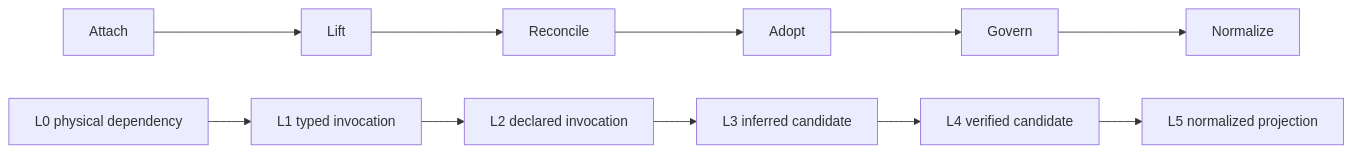
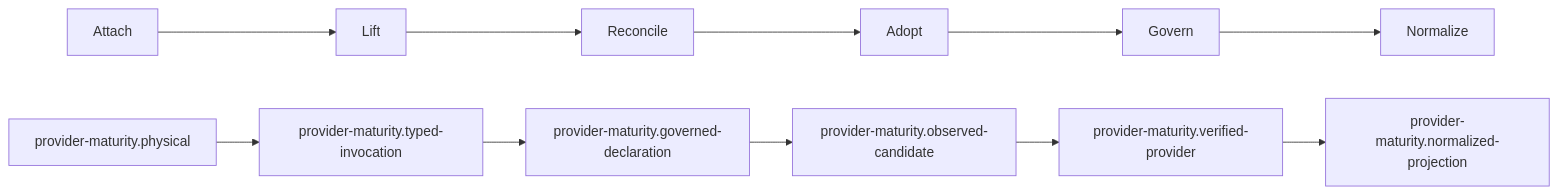
One commit to sec-platform/sec changed the eighth of 12 diagrams in docs/roadmap/capability-dag.md. Above: the diagram before and after it, drawn with Mermaid. The commit also changed other lines of this file and 14 other files, not shown here.

Commit message:
docs: close semantic architecture design

```diff
--- a/docs/roadmap/capability-dag.md
+++ b/docs/roadmap/capability-dag.md
@@ -304,14 +304,14 @@
 ~~~mermaid
 flowchart LR
   A[Attach] --> L[Lift]
   L --> R[Reconcile]
   R --> AD[Adopt]
   AD --> G[Govern]
   G --> N[Normalize]
 
-  P0[L0 physical dependency] --> P1[L1 typed invocation]
-  P1 --> P2[L2 declared invocation]
-  P2 --> P3[L3 inferred candidate]
-  P3 --> P4[L4 verified candidate]
-  P4 --> P5[L5 normalized projection]
+  PHYSICAL[provider-maturity.physical] --> TYPED[provider-maturity.typed-invocation]
+  TYPED --> GOVERNED[provider-maturity.governed-declaration]
+  GOVERNED --> OBSERVED[provider-maturity.observed-candidate]
+  OBSERVED --> VERIFIED[provider-maturity.verified-provider]
+  VERIFIED --> NORMALIZED[provider-maturity.normalized-projection]
 ~~~
```
